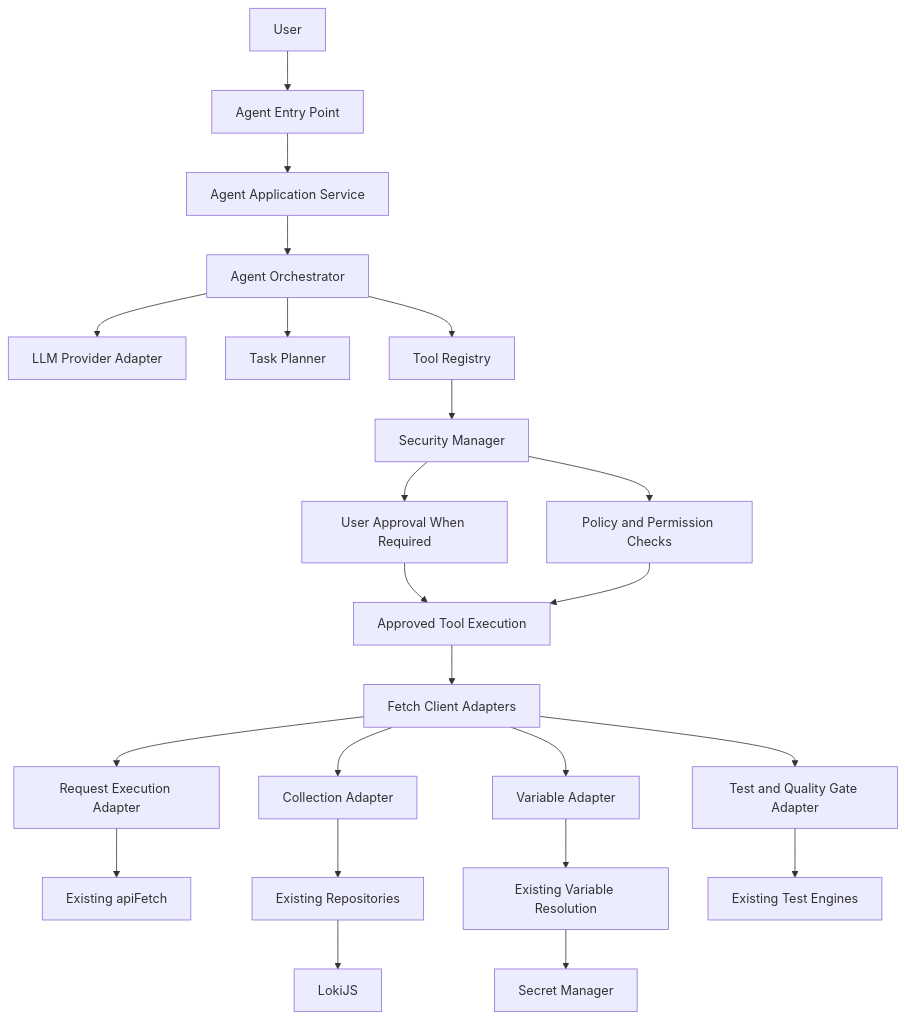
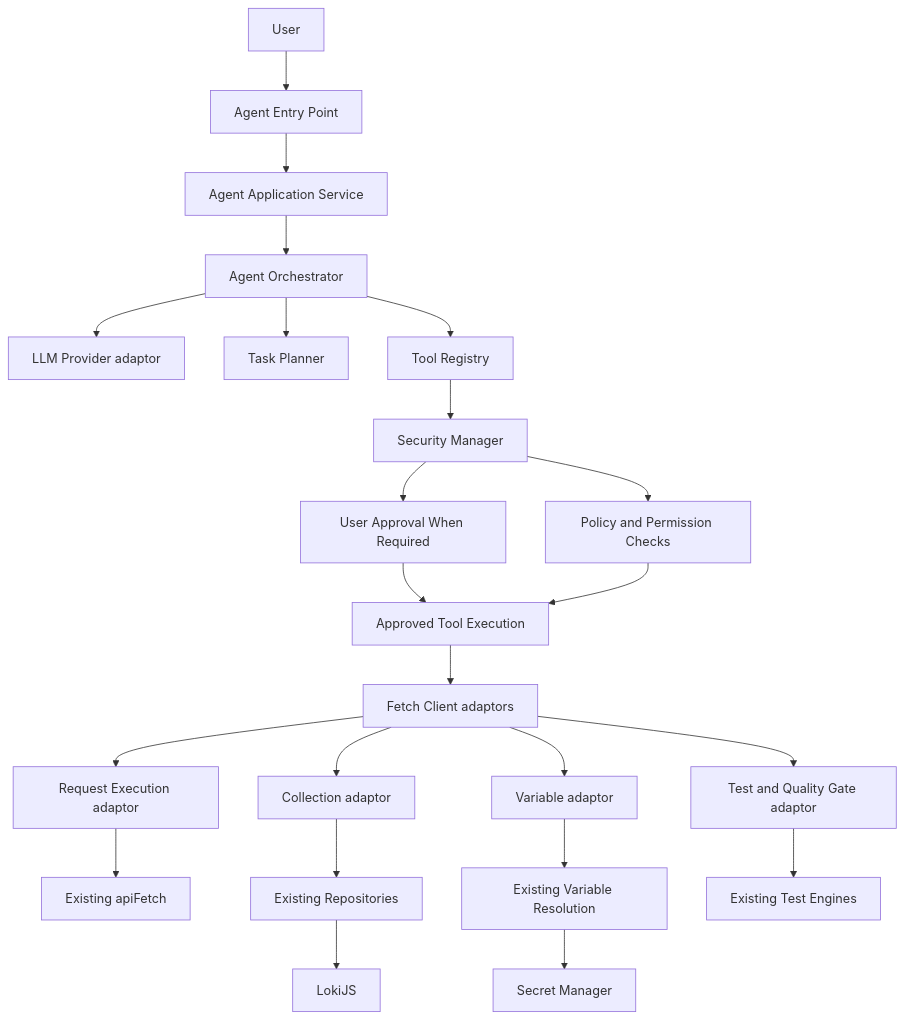
One commit to Ganesan-Chandran/vscode-fetch-client changed the second of 3 diagrams in docs/ai-agent/02-architecture/03-reusable-services-and-agent-boundaries.md. Above: the diagram before and after it, drawn with Mermaid. The commit also changed other lines of this file and 15 other files, not shown here.

````diff
--- a/docs/ai-agent/02-architecture/03-reusable-services-and-agent-boundaries.md
+++ b/docs/ai-agent/02-architecture/03-reusable-services-and-agent-boundaries.md
@@ -655,32 +655,32 @@
 ```mermaid
 flowchart TD
     U[User] --> UI[Agent Entry Point]
     UI --> APP[Agent Application Service]
 
     APP --> ORCH[Agent Orchestrator]
-    ORCH --> LLM[LLM Provider Adapter]
+    ORCH --> LLM[LLM Provider adaptor]
     ORCH --> PLAN[Task Planner]
     ORCH --> TR[Tool Registry]
 
     TR --> SEC[Security Manager]
     SEC --> POLICY[Policy and Permission Checks]
     SEC --> APPROVAL[User Approval When Required]
 
     APPROVAL --> EXEC[Approved Tool Execution]
     POLICY --> EXEC
 
-    EXEC --> ADAPTERS[Fetch Client Adapters]
+    EXEC --> adaptorS[Fetch Client adaptors]
 
-    ADAPTERS --> REQ[Request Execution Adapter]
-    ADAPTERS --> COL[Collection Adapter]
-    ADAPTERS --> VAR[Variable Adapter]
-    ADAPTERS --> TEST[Test and Quality Gate Adapter]
+    adaptorS --> REQ[Request Execution adaptor]
+    adaptorS --> COL[Collection adaptor]
+    adaptorS --> VAR[Variable adaptor]
+    adaptorS --> TEST[Test and Quality Gate adaptor]
 
     REQ --> FETCH[Existing apiFetch]
     COL --> REPO[Existing Repositories]
     VAR --> RESOLVE[Existing Variable Resolution]
     TEST --> ENGINE[Existing Test Engines]
 
     REPO --> DB[LokiJS]
     RESOLVE --> SECRET[Secret Manager]
 ```
````
